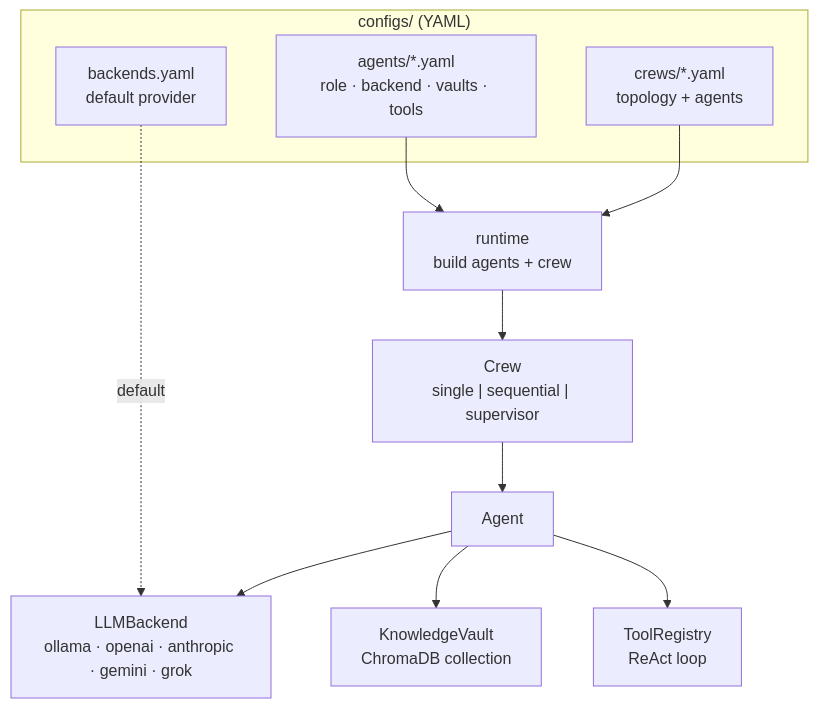
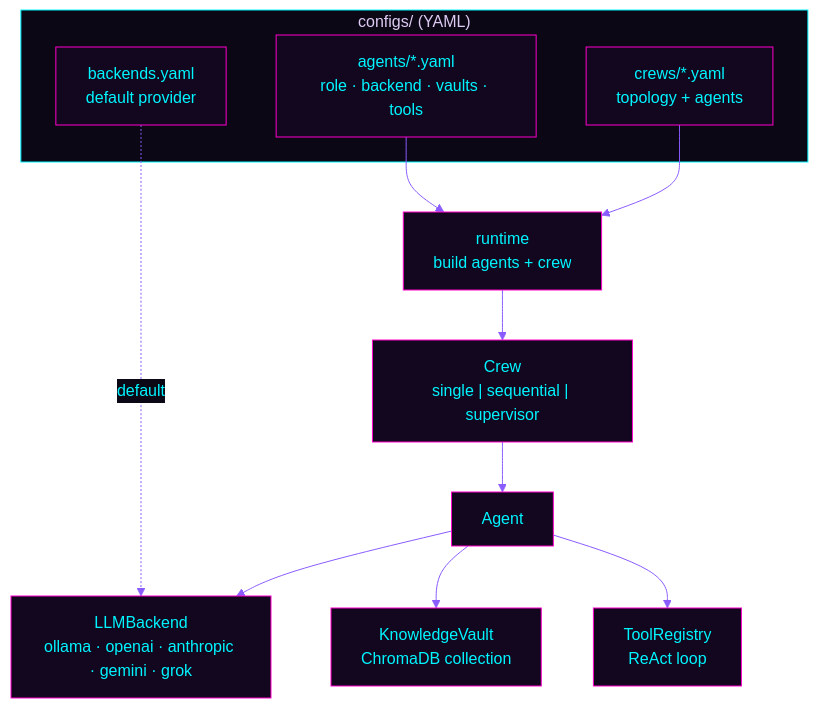
Before and after one commit to Ninja-Tw1sT/cohortex: the diagram in README.md, drawn with Mermaid. The commit also changed other lines of this file and 1 other file, not shown here.

````diff
--- a/README.md
+++ b/README.md
@@ -21,16 +33,17 @@
 ```mermaid
+%%{init: {'theme':'base','themeVariables':{'primaryColor':'#12071f','primaryTextColor':'#00f5ff','primaryBorderColor':'#ff00cc','lineColor':'#8a5cff','fontFamily':'monospace','clusterBkg':'#0b0714','clusterBorder':'#00f5ff','edgeLabelBackground':'#0b0714','secondaryColor':'#1a0a2e'}}}%%
 flowchart TD
     subgraph Config["configs/ (YAML)"]
         BK["backends.yaml<br/>default provider"]
         AG["agents/*.yaml<br/>role · backend · vaults · tools"]
         CR["crews/*.yaml<br/>topology + agents"]
     end
     CR --> RT["runtime<br/>build agents + crew"]
     AG --> RT
     RT --> CREW["Crew<br/>single | sequential | supervisor"]
     CREW --> AGENT["Agent"]
     AGENT --> BE["LLMBackend<br/>ollama · openai · anthropic · gemini · grok"]
     AGENT --> V["KnowledgeVault<br/>ChromaDB collection"]
     AGENT --> T["ToolRegistry<br/>ReAct loop"]
     BK -.default.-> BE
 ```
````
